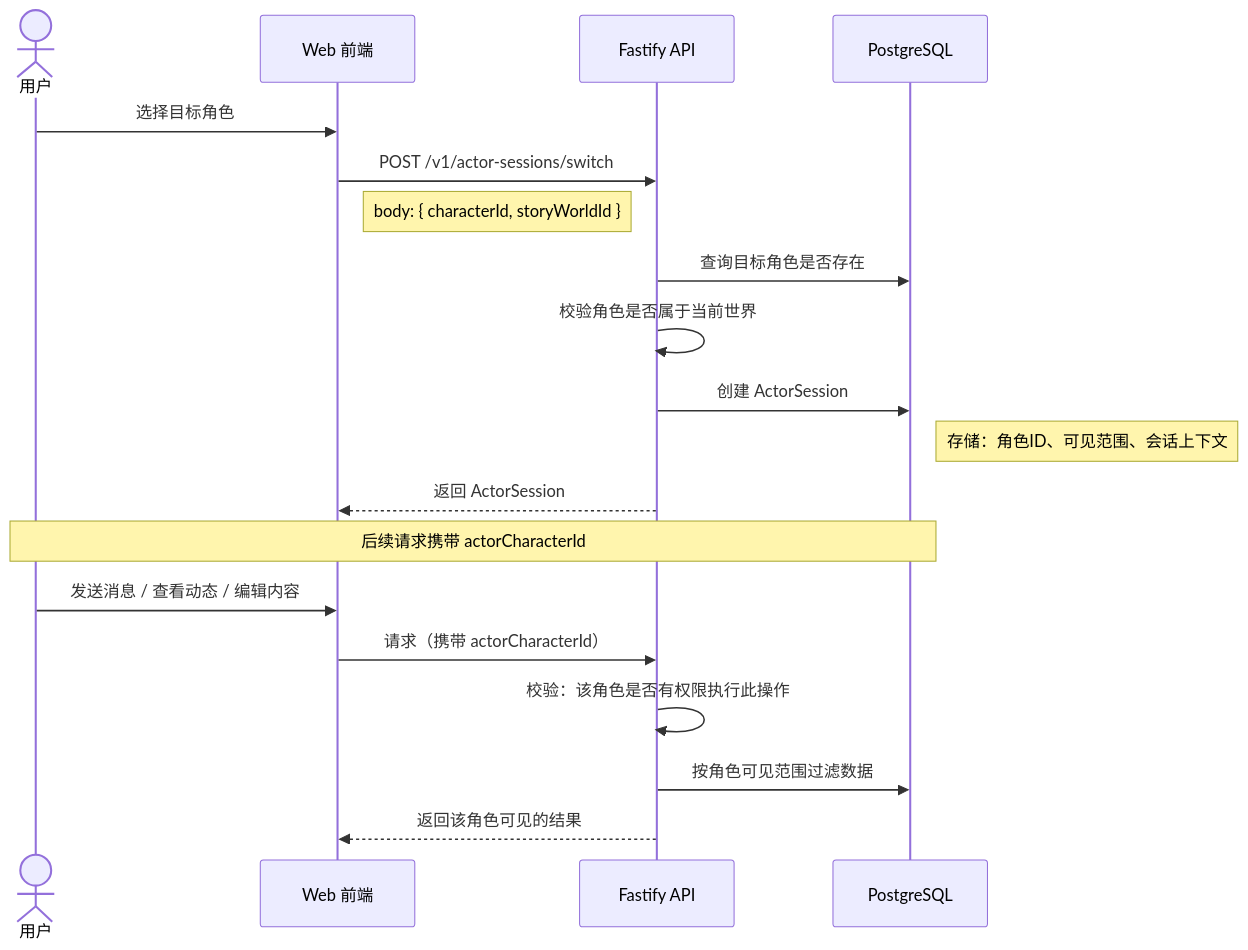
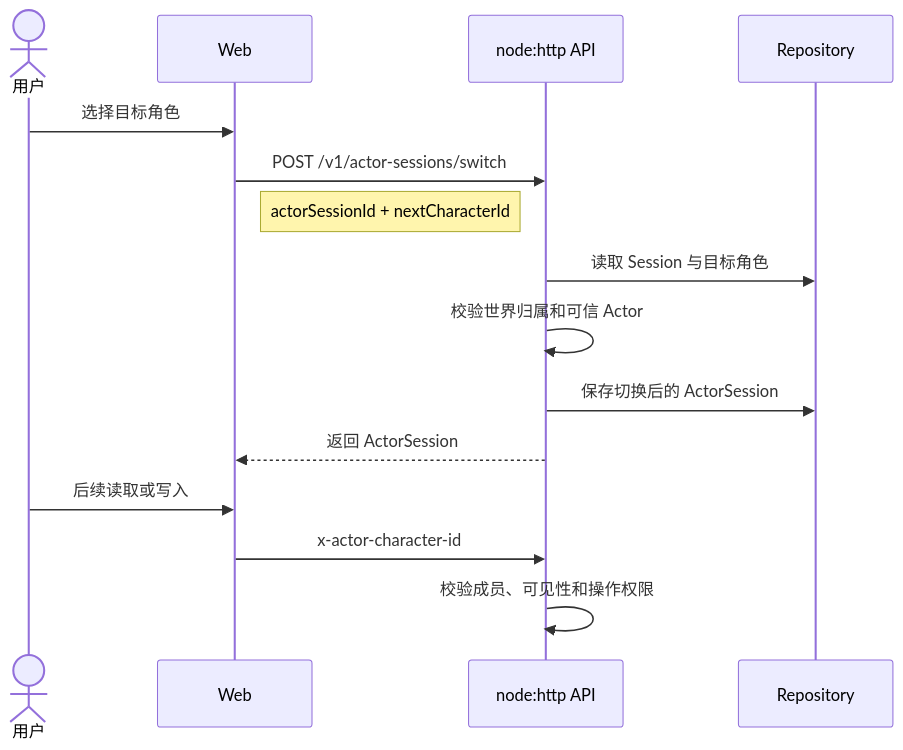
One commit to lark-x/GameStart changed the fifth of 6 diagrams in docs/user-flows.md. Above: the diagram before and after it, drawn with Mermaid. The commit also changed other lines of this file and 68 other files, not shown here.

Commit message:
docs: establish architecture governance

````diff
--- a/docs/user-flows.md
+++ b/docs/user-flows.md
@@ -168,26 +100,19 @@
 ```mermaid
 sequenceDiagram
     actor User as 用户
-    participant Web as Web 前端
-    participant API as Fastify API
-    participant DB as PostgreSQL
+    participant Web as Web
+    participant API as node:http API
+    participant DB as Repository
 
     User->>Web: 选择目标角色
     Web->>API: POST /v1/actor-sessions/switch
-    Note right of Web: body: { characterId, storyWorldId }
-
-    API->>DB: 查询目标角色是否存在
-    API->>API: 校验角色是否属于当前世界
-    API->>DB: 创建 ActorSession
-    Note right of DB: 存储：角色ID、可见范围、会话上下文
-
+    Note right of Web: actorSessionId + nextCharacterId
+    API->>DB: 读取 Session 与目标角色
+    API->>API: 校验世界归属和可信 Actor
+    API->>DB: 保存切换后的 ActorSession
     API-->>Web: 返回 ActorSession
 
-    Note over User,DB: 后续请求携带 actorCharacterId
-
-    User->>Web: 发送消息 / 查看动态 / 编辑内容
-    Web->>API: 请求（携带 actorCharacterId）
-    API->>API: 校验：该角色是否有权限执行此操作
-    API->>DB: 按角色可见范围过滤数据
-    API-->>Web: 返回该角色可见的结果
+    User->>Web: 后续读取或写入
+    Web->>API: x-actor-character-id
+    API->>API: 校验成员、可见性和操作权限
 ```
````
